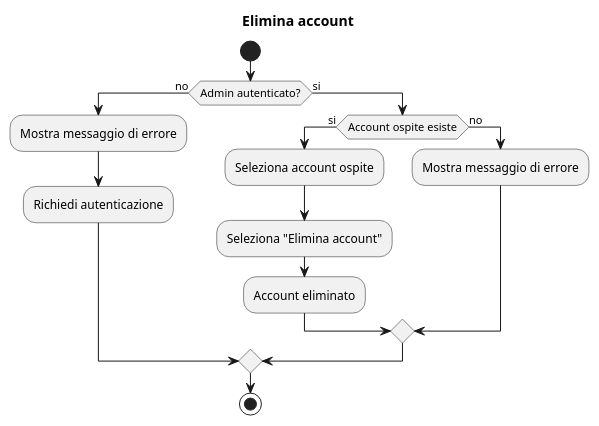
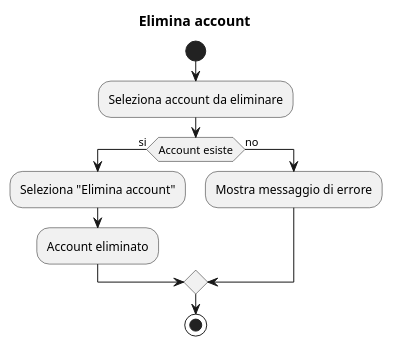
The diagram in Progetto_con_test_e_GUI/Progetto_Ingegneria_del_software-main/diagrammi di attività/cancaellaaccount.puml (Mastronardidavide/Progetto_ing_del_software), drawn with PlantUML before and after one commit. The commit also changed 4 other files, not shown here.

Commit message:
diagrammi di analisi primo push

```diff
--- a/Progetto_con_test_e_GUI/Progetto_Ingegneria_del_software-main/diagrammi di attività/cancaellaaccount.puml
+++ b/Progetto_con_test_e_GUI/Progetto_Ingegneria_del_software-main/diagrammi di attività/cancaellaaccount.puml
@@ -1,19 +1,16 @@
 @startuml cancaellaaccount
 title Elimina account
 
 start
-if (Admin autenticato?) then (no)
+
+:Seleziona account da eliminare;
+
+if (Account esiste) then (si)
+    :Seleziona "Elimina account";
+    :Account eliminato;
+else (no)
     :Mostra messaggio di errore;
-    :Richiedi autenticazione;  
-    
-else (si)
-    if (Account ospite esiste) then (si)
-        :Seleziona account ospite;
-        :Seleziona "Elimina account";
-        :Account eliminato;
-    else (no)
-        :Mostra messaggio di errore;
-    endif
 endif
+
 stop
 @enduml
```
